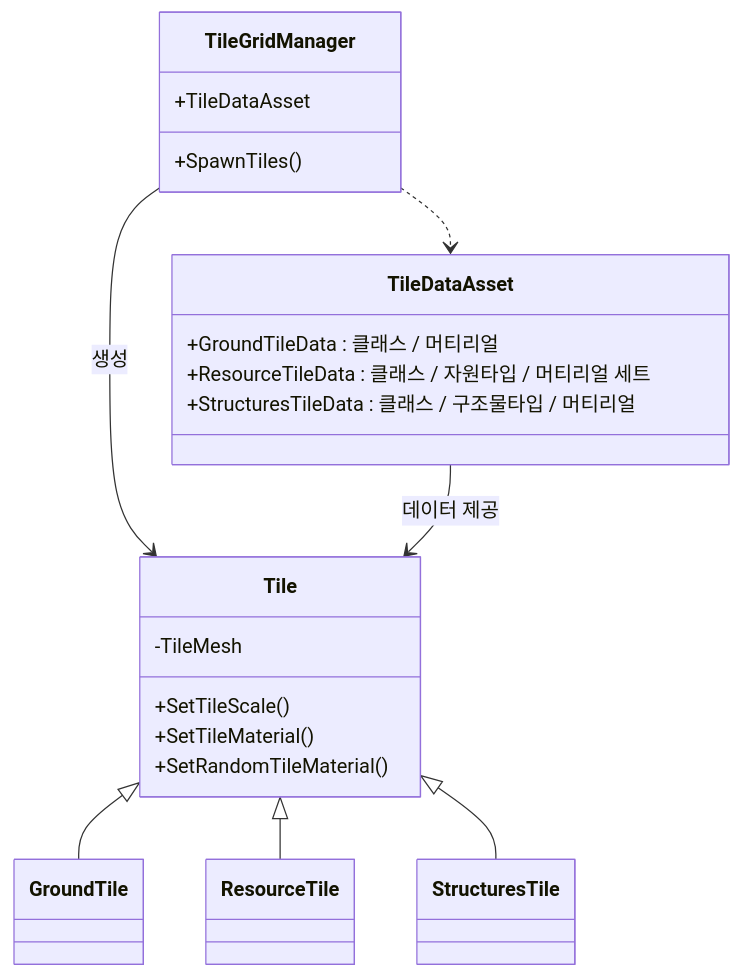
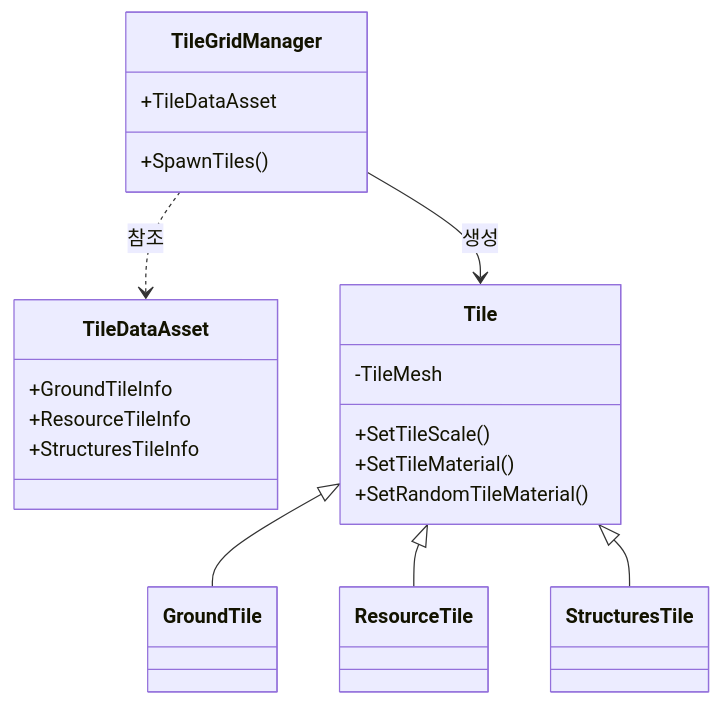
One commit to WJMcode/Project_CavesBasic changed the first of 4 diagrams in README.md. Above: the diagram before and after it, drawn with Mermaid.

````diff
--- a/README.md
+++ b/README.md
@@ -1,28 +1,27 @@
 ```mermaid
 classDiagram
     class TileGridManager {
         +TileDataAsset
         +SpawnTiles()
     }
     class TileDataAsset {
-        +GroundTileData : 클래스 / 머티리얼
-        +ResourceTileData : 클래스 / 자원타입 / 머티리얼 세트
-        +StructuresTileData : 클래스 / 구조물타입 / 머티리얼
+        +GroundTileInfo
+        +ResourceTileInfo
+        +StructuresTileInfo
     }
     class Tile {
         -TileMesh
         +SetTileScale()
         +SetTileMaterial()
         +SetRandomTileMaterial()
     }
     class GroundTile
     class ResourceTile
     class StructuresTile
 
-    TileGridManager ..> TileDataAsset
+    TileGridManager ..> TileDataAsset : 참조
     TileGridManager --> Tile : 생성
-    TileDataAsset --> Tile : 데이터 제공
     Tile <|-- GroundTile
     Tile <|-- ResourceTile
     Tile <|-- StructuresTile
 ```
````
